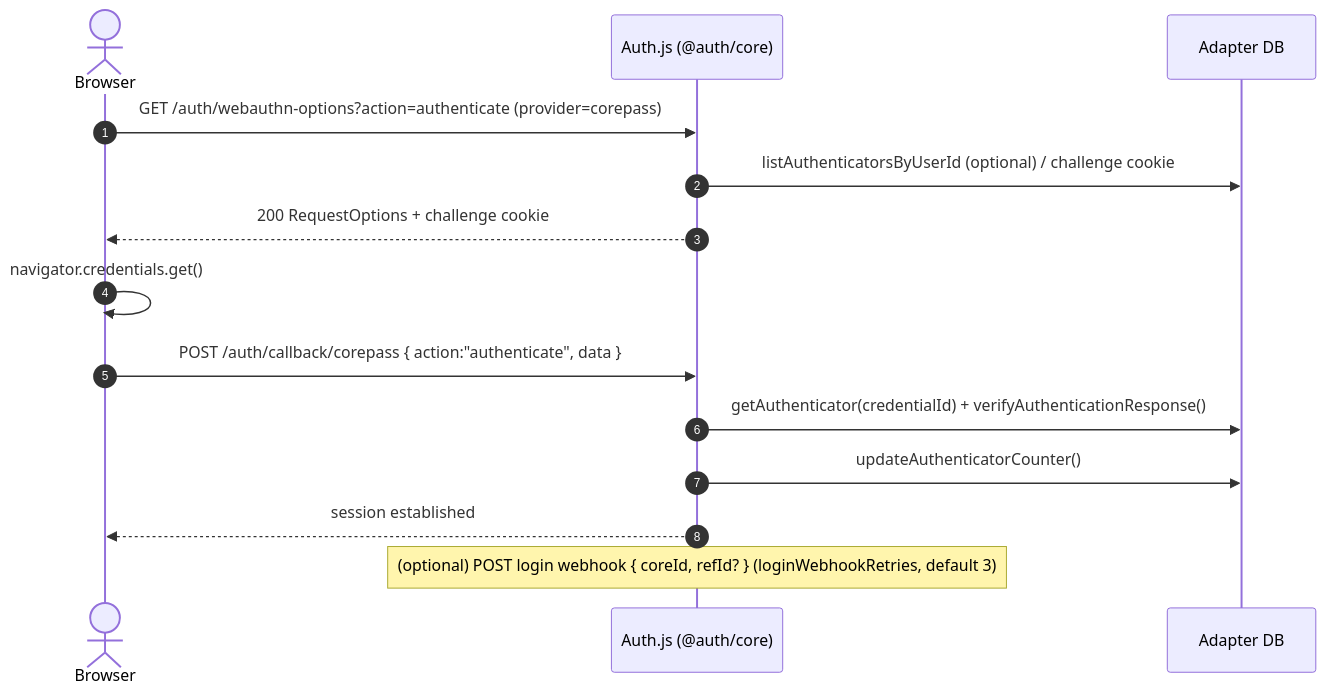
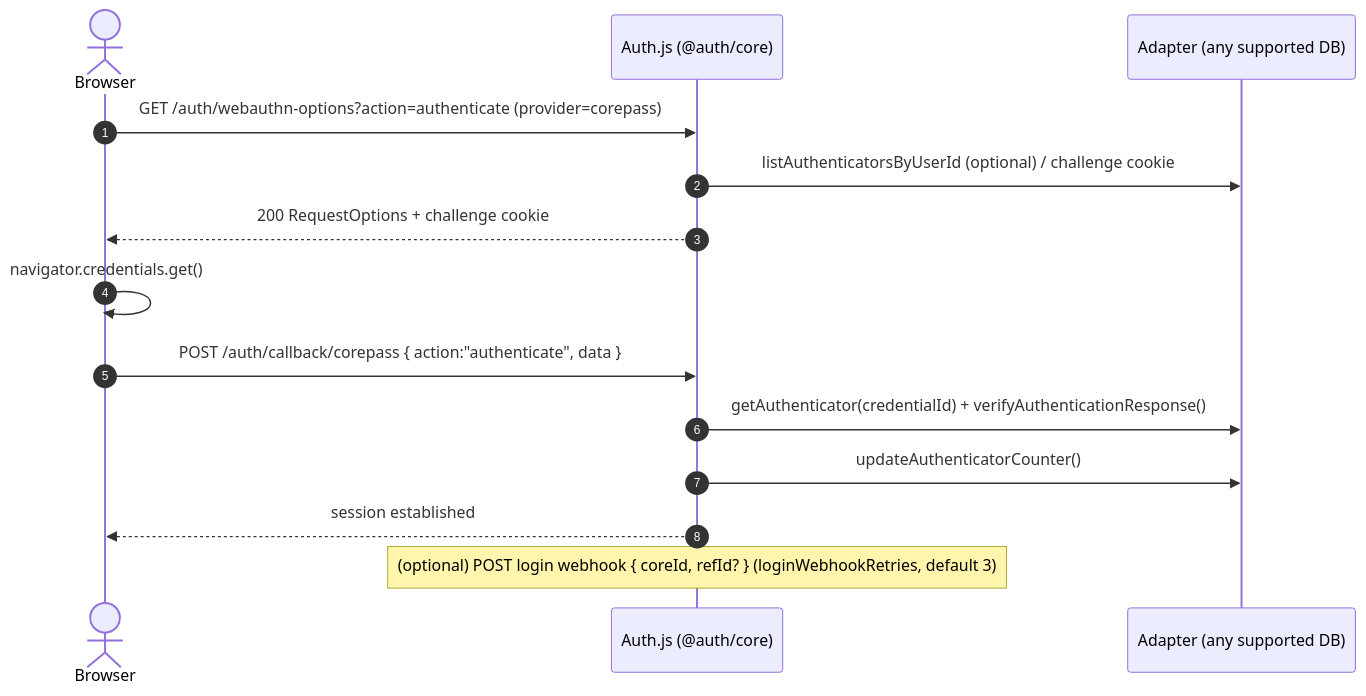
One commit to CorePass/authjs-corepass-provider changed the second of 2 diagrams in README.md. Above: the diagram before and after it, drawn with Mermaid. The commit also changed other lines of this file, not shown here.

First line of the commit message:
Refactors sequence diagrams for clarity

````diff
--- a/README.md
+++ b/README.md
@@ -65,17 +64,17 @@
 ```mermaid
 sequenceDiagram
   autonumber
   actor B as Browser
   participant Auth as Auth.js (@auth/core)
-  participant DB as Adapter DB
+  participant Adapter as Adapter (any supported DB)
 
   B->>Auth: GET /auth/webauthn-options?action=authenticate (provider=corepass)
-  Auth->>DB: listAuthenticatorsByUserId (optional) / challenge cookie
+  Auth->>Adapter: listAuthenticatorsByUserId (optional) / challenge cookie
   Auth-->>B: 200 RequestOptions + challenge cookie
   B->>B: navigator.credentials.get()
   B->>Auth: POST /auth/callback/corepass { action:"authenticate", data }
-  Auth->>DB: getAuthenticator(credentialId) + verifyAuthenticationResponse()
-  Auth->>DB: updateAuthenticatorCounter()
+  Auth->>Adapter: getAuthenticator(credentialId) + verifyAuthenticationResponse()
+  Auth->>Adapter: updateAuthenticatorCounter()
   Auth-->>B: session established
   Note over Auth: (optional) POST login webhook { coreId, refId? } (loginWebhookRetries, default 3)
 ```
````
